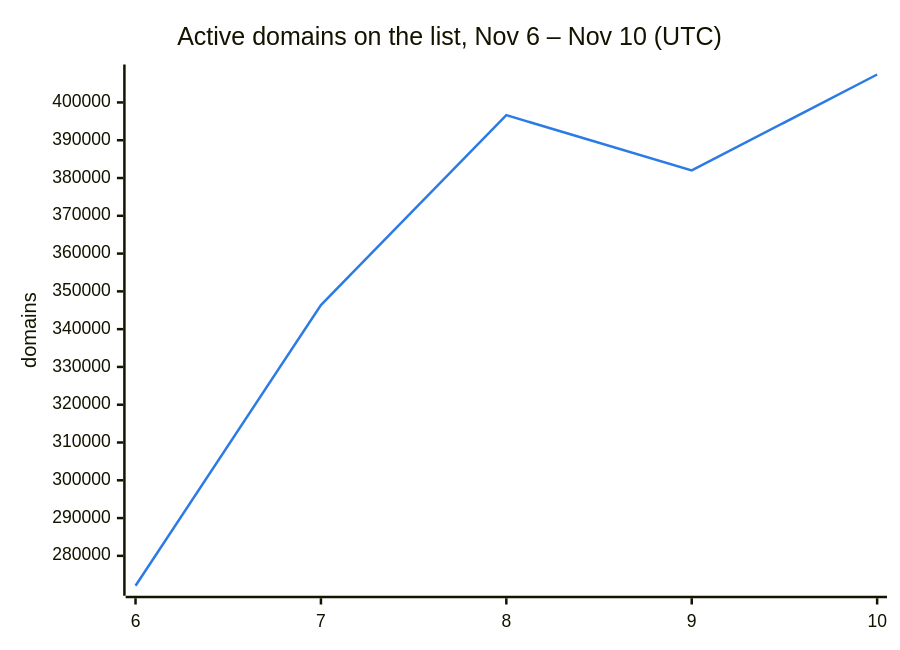
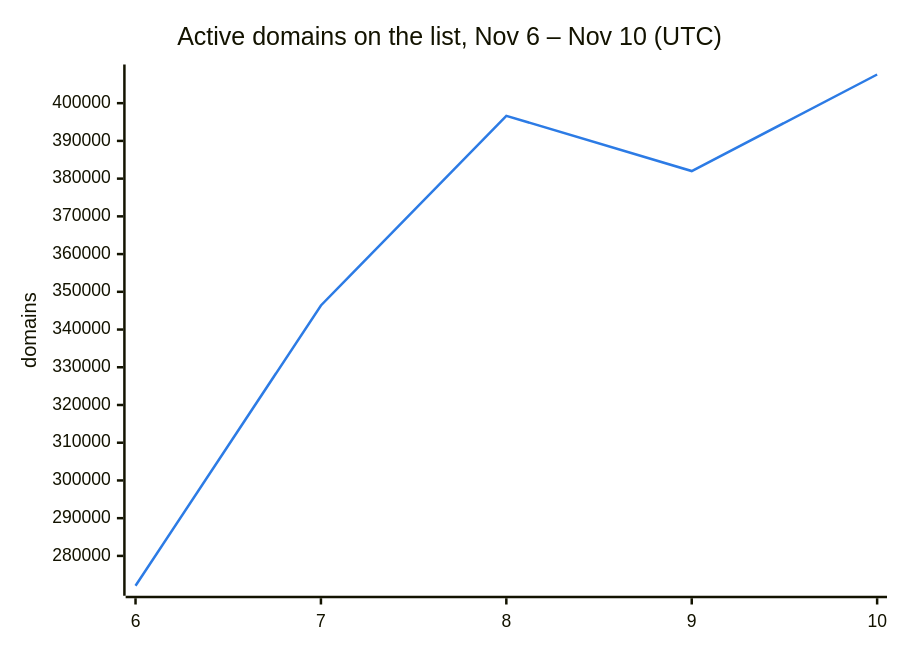
The second of 3 diagrams in README.md (DNSBunker/CTI), drawn with Mermaid before and after one commit. The commit also changed other lines of this file and 3 other files, not shown here.

````diff
--- a/README.md
+++ b/README.md
@@ -38,8 +38,8 @@
 ```mermaid
 %%{init: {"themeVariables": {"xyChart": {"plotColorPalette": "#2c7be5"}}}}%%
 xychart-beta
     title "Active domains on the list, Nov 6 – Nov 10 (UTC)"
     x-axis ["6", "7", "8", "9", "10"]
     y-axis "domains"
-    line [272088, 346388, 396638, 382009, 407397]
+    line [272088, 346388, 396638, 382009, 407600]
 ```
````
